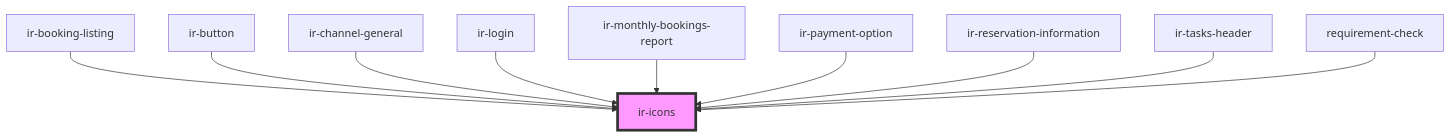
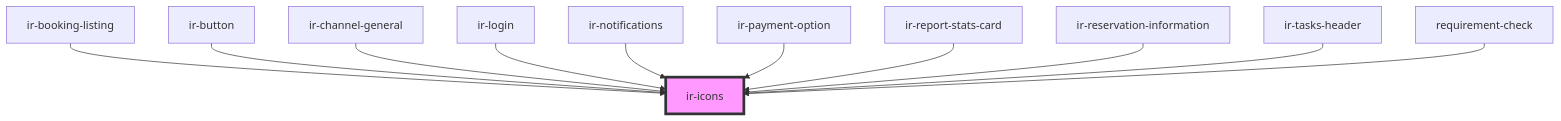
One commit to RonyRizk/ir-webcmp changed the diagram in src/components/ui/ir-icons/readme.md. Above: the diagram before and after it, drawn with Mermaid. The commit also changed other lines of this file and 51 other files, not shown here.

````diff
--- a/src/components/ui/ir-icons/readme.md
+++ b/src/components/ui/ir-icons/readme.md
@@ -30,13 +31,14 @@
 ```mermaid
 graph TD;
   ir-booking-listing --> ir-icons
   ir-button --> ir-icons
   ir-channel-general --> ir-icons
   ir-login --> ir-icons
-  ir-monthly-bookings-report --> ir-icons
+  ir-notifications --> ir-icons
   ir-payment-option --> ir-icons
+  ir-report-stats-card --> ir-icons
   ir-reservation-information --> ir-icons
   ir-tasks-header --> ir-icons
   requirement-check --> ir-icons
   style ir-icons fill:#f9f,stroke:#333,stroke-width:4px
 ```
````
